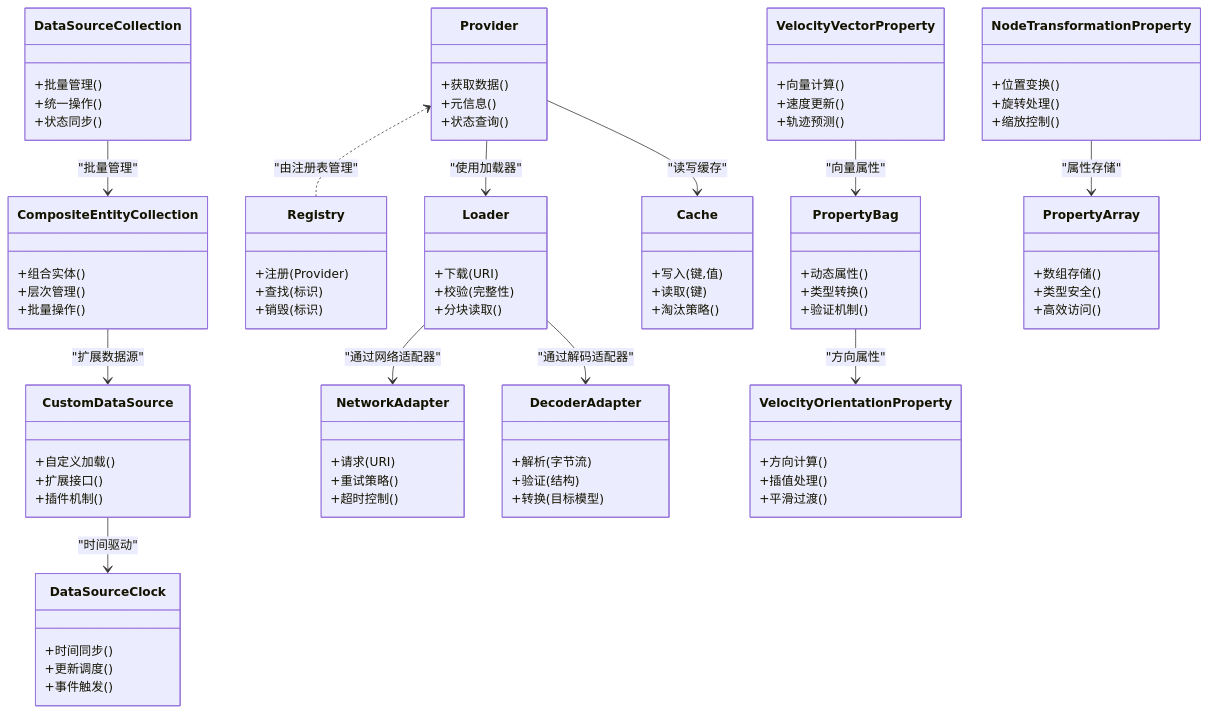
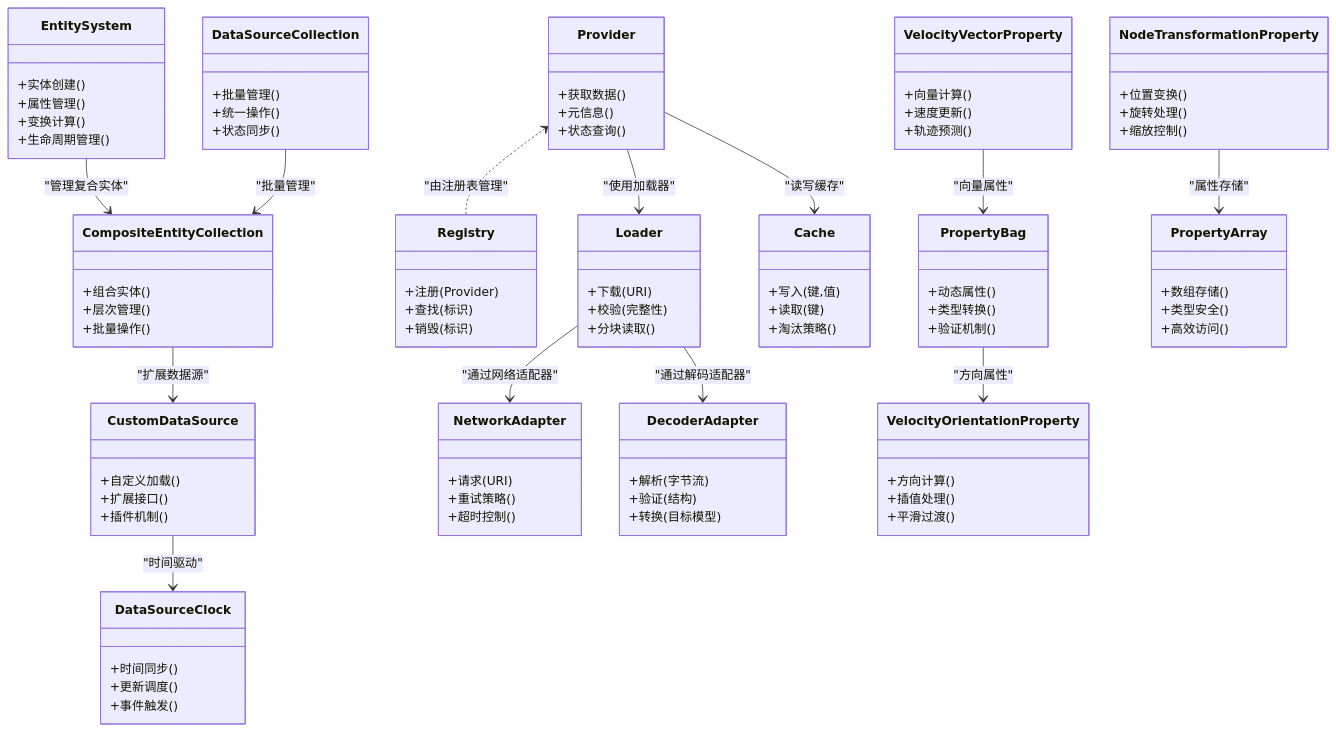
The second of 6 diagrams in .qoder/repowiki/zh/content/项目概述/核心特性/地理空间数据处理/数据源框架.md (rzhangjing/cesium), drawn with Mermaid before and after one commit. The commit also changed other lines of this file and 90 other files, not shown here.

```diff
--- a/.qoder/repowiki/zh/content/项目概述/核心特性/地理空间数据处理/数据源框架.md
+++ b/.qoder/repowiki/zh/content/项目概述/核心特性/地理空间数据处理/数据源框架.md
@@ -224,6 +214,12 @@
 +写入(键,值)
 +读取(键)
 +淘汰策略()
+}
+class EntitySystem {
++实体创建()
++属性管理()
++变换计算()
++生命周期管理()
 }
 class CompositeEntityCollection {
 +组合实体()
@@ -283,6 +279,7 @@
 Provider <.. Registry : "由注册表管理"
 Provider --> Loader : "使用加载器"
 Provider --> Cache : "读写缓存"
+EntitySystem --> CompositeEntityCollection : "管理复合实体"
 CompositeEntityCollection --> CustomDataSource : "扩展数据源"
 CustomDataSource --> DataSourceClock : "时间驱动"
 DataSourceCollection --> CompositeEntityCollection : "批量管理"
```
